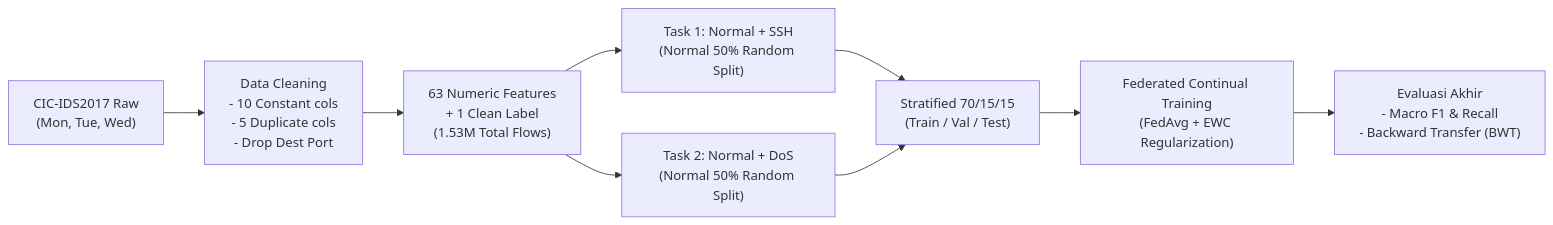
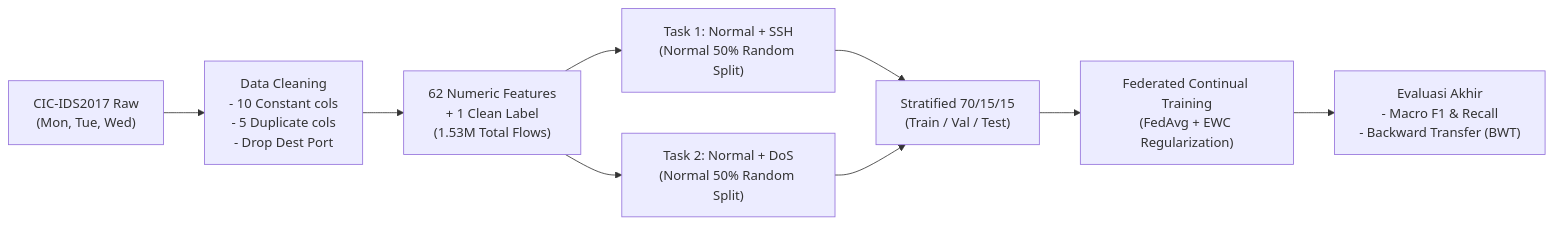
One commit to rhaffle87/brief-thesis changed the diagram in README.md. Above: the diagram before and after it, drawn with Mermaid. The commit also changed other lines of this file and 9 other files, not shown here.

````diff
--- a/README.md
+++ b/README.md
@@ -38,11 +38,11 @@
 ```mermaid
 flowchart LR
     A["CIC-IDS2017 Raw<br/>(Mon, Tue, Wed)"] --> B["Data Cleaning<br/>- 10 Constant cols<br/>- 5 Duplicate cols<br/>- Drop Dest Port"]
-    B --> C["63 Numeric Features<br/>+ 1 Clean Label<br/>(1.53M Total Flows)"]
+    B --> C["62 Numeric Features<br/>+ 1 Clean Label<br/>(1.53M Total Flows)"]
     C --> D["Task 1: Normal + SSH<br/>(Normal 50% Random Split)"]
     C --> E["Task 2: Normal + DoS<br/>(Normal 50% Random Split)"]
     D --> F["Stratified 70/15/15<br/>(Train / Val / Test)"]
     E --> F
     F --> G["Federated Continual Training<br/>(FedAvg + EWC Regularization)"]
     G --> H["Evaluasi Akhir<br/>- Macro F1 & Recall<br/>- Backward Transfer (BWT)"]
 ```
````
